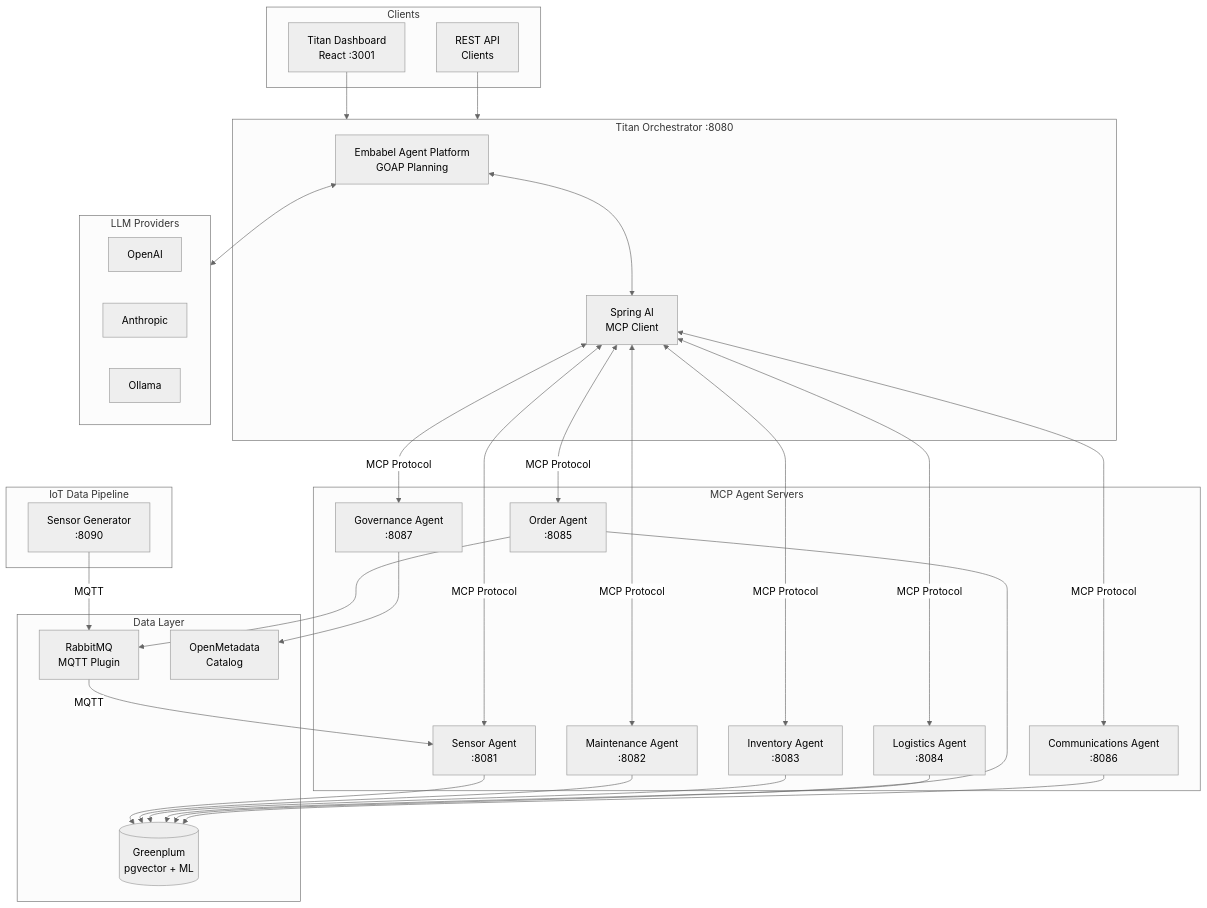
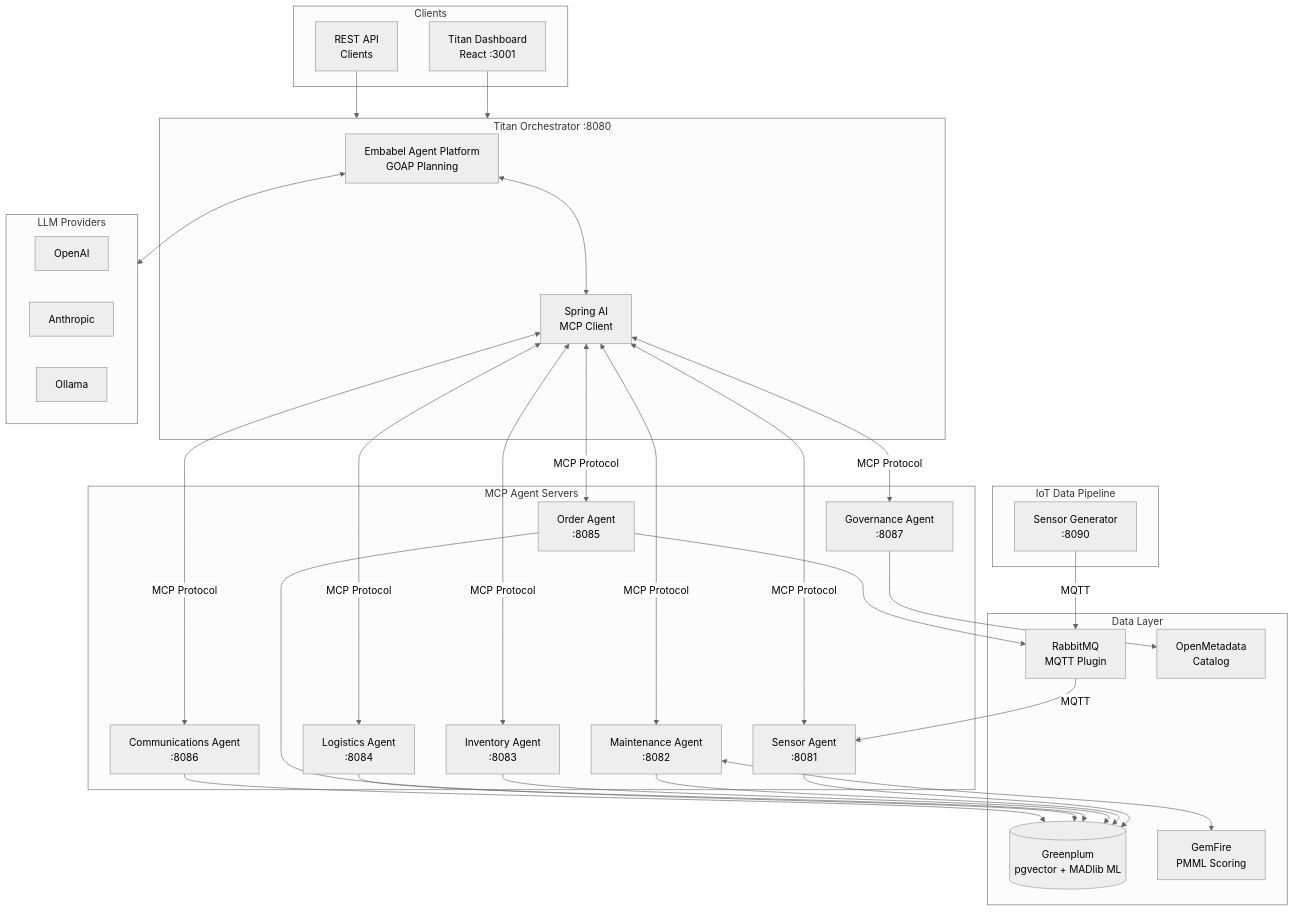
The diagram in README.md (dbbaskette/titan-manufacturing), drawn with Mermaid (neutral theme) before and after one commit. The commit also changed other lines of this file and 36 other files, not shown here.

First line of the commit message:
Phase 2: Real-time sensor monitoring, GemFire ML scoring, and 6-sensor expansion

````diff
--- a/README.md
+++ b/README.md
@@ -51,62 +66,64 @@
 ```mermaid
 flowchart TB
     subgraph Clients
         UI[Titan Dashboard<br/>React :3001]
         API[REST API<br/>Clients]
     end
 
     subgraph Orchestrator["Titan Orchestrator :8080"]
         EMB[Embabel Agent Platform<br/>GOAP Planning]
         MCP_C[Spring AI<br/>MCP Client]
     end
 
     subgraph MCP_Agents["MCP Agent Servers"]
         SENS[Sensor Agent<br/>:8081]
         MAINT[Maintenance Agent<br/>:8082]
         INV[Inventory Agent<br/>:8083]
         LOG[Logistics Agent<br/>:8084]
         ORD[Order Agent<br/>:8085]
         COMM[Communications Agent<br/>:8086]
         GOV[Governance Agent<br/>:8087]
     end
 
     subgraph IoT["IoT Data Pipeline"]
         GEN[Sensor Generator<br/>:8090]
     end
 
     subgraph Data["Data Layer"]
-        GP[(Greenplum<br/>pgvector + ML)]
+        GP[(Greenplum<br/>pgvector + MADlib ML)]
         RMQ[RabbitMQ<br/>MQTT Plugin]
+        GF[GemFire<br/>PMML Scoring]
         OM[OpenMetadata<br/>Catalog]
     end
 
     subgraph LLM["LLM Providers"]
         OAI[OpenAI]
         ANT[Anthropic]
         OLL[Ollama]
     end
 
     UI --> Orchestrator
     API --> Orchestrator
     EMB <--> MCP_C
     MCP_C <-->|MCP Protocol| SENS
     MCP_C <-->|MCP Protocol| MAINT
     MCP_C <-->|MCP Protocol| INV
     MCP_C <-->|MCP Protocol| LOG
     MCP_C <-->|MCP Protocol| ORD
     MCP_C <-->|MCP Protocol| COMM
     MCP_C <-->|MCP Protocol| GOV
 
     GEN -->|MQTT| RMQ
     RMQ -->|MQTT| SENS
     SENS --> GP
     MAINT --> GP
+    MAINT <--> GF
     INV --> GP
     LOG --> GP
     ORD --> GP
     ORD --> RMQ
     COMM --> GP
     GOV --> OM
 
     EMB <--> LLM
 ```
````
